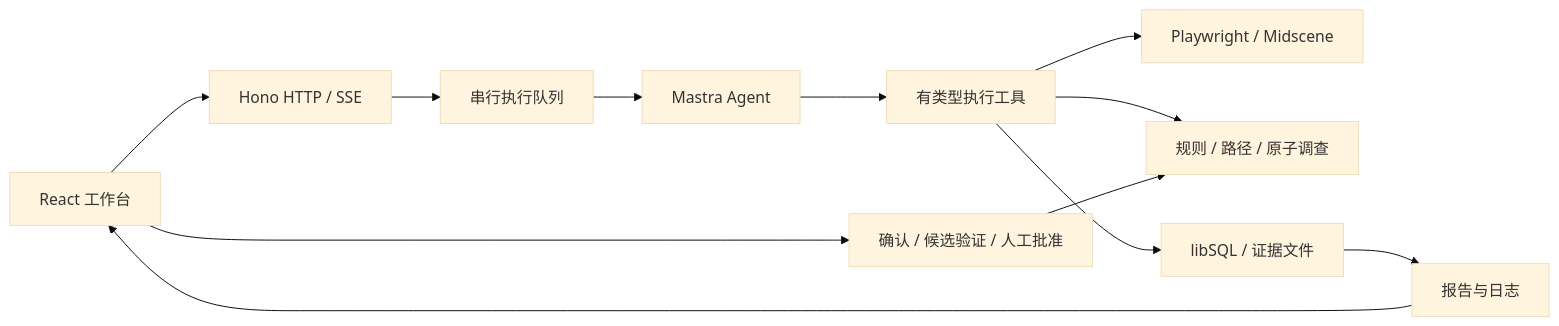
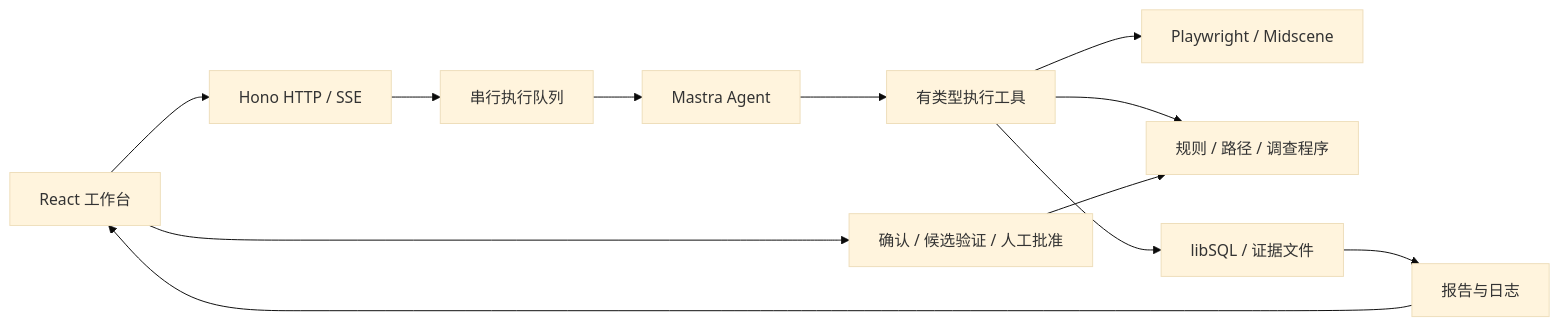
One commit to FailLone/ui-sentinel changed the first of 2 diagrams in docs/architecture.md. Above: the diagram before and after it, drawn with Mermaid (base theme). The commit also changed other lines of this file and 24 other files, not shown here.

````diff
--- a/docs/architecture.md
+++ b/docs/architecture.md
@@ -9,14 +9,14 @@
 ```mermaid
 flowchart LR
   UI[React 工作台] --> API[Hono HTTP / SSE]
   API --> Queue[串行执行队列]
   Queue --> Agent[Mastra Agent]
   Agent --> Tools[有类型执行工具]
   Tools --> Browser[Playwright / Midscene]
-  Tools --> Rules[规则 / 路径 / 原子调查]
+  Tools --> Rules[规则 / 路径 / 调查程序]
   Tools --> Store[libSQL / 证据文件]
   Store --> Report[报告与日志]
   Report --> UI
   UI --> Feedback[确认 / 候选验证 / 人工批准]
   Feedback --> Rules
 ```
````
